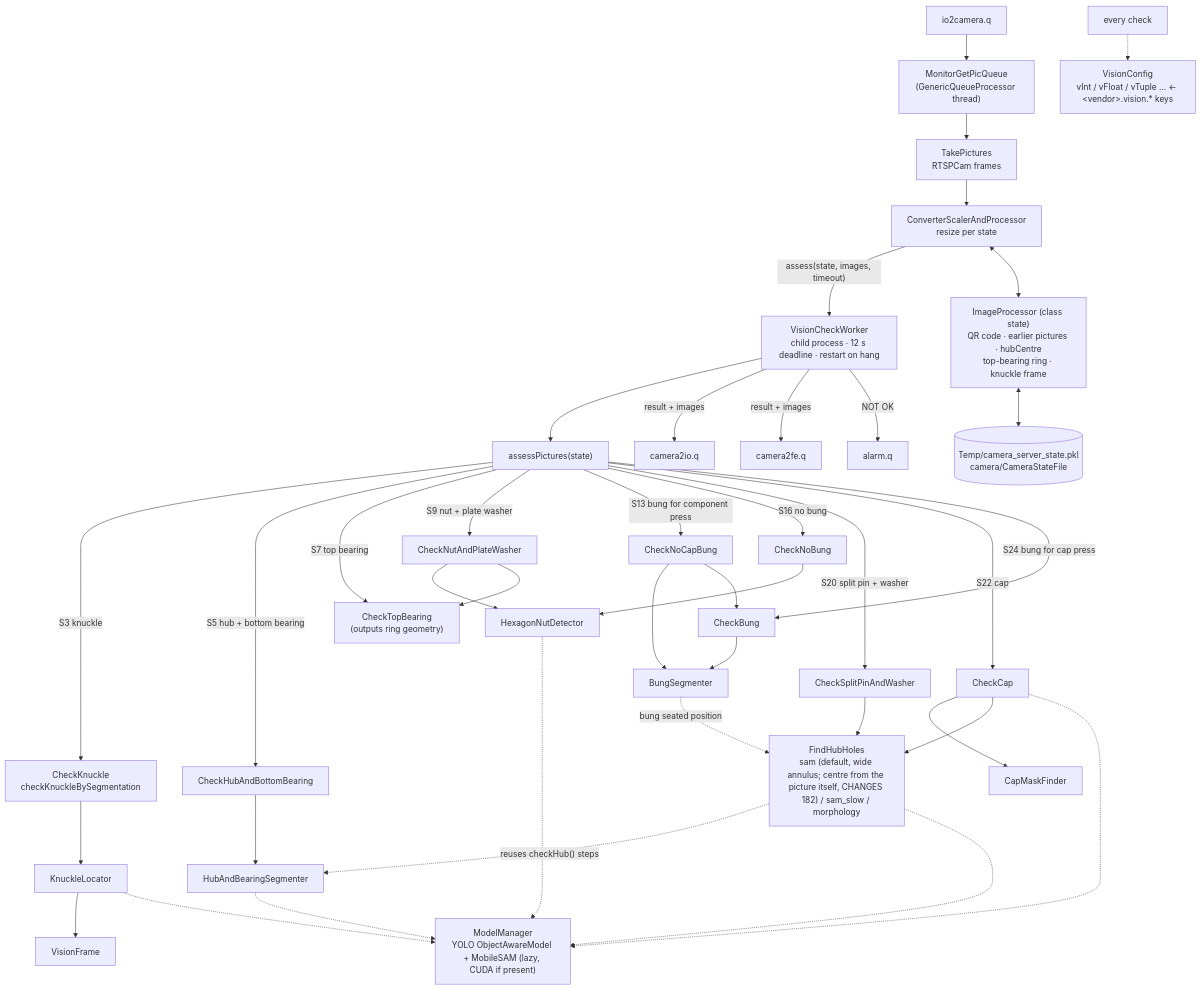
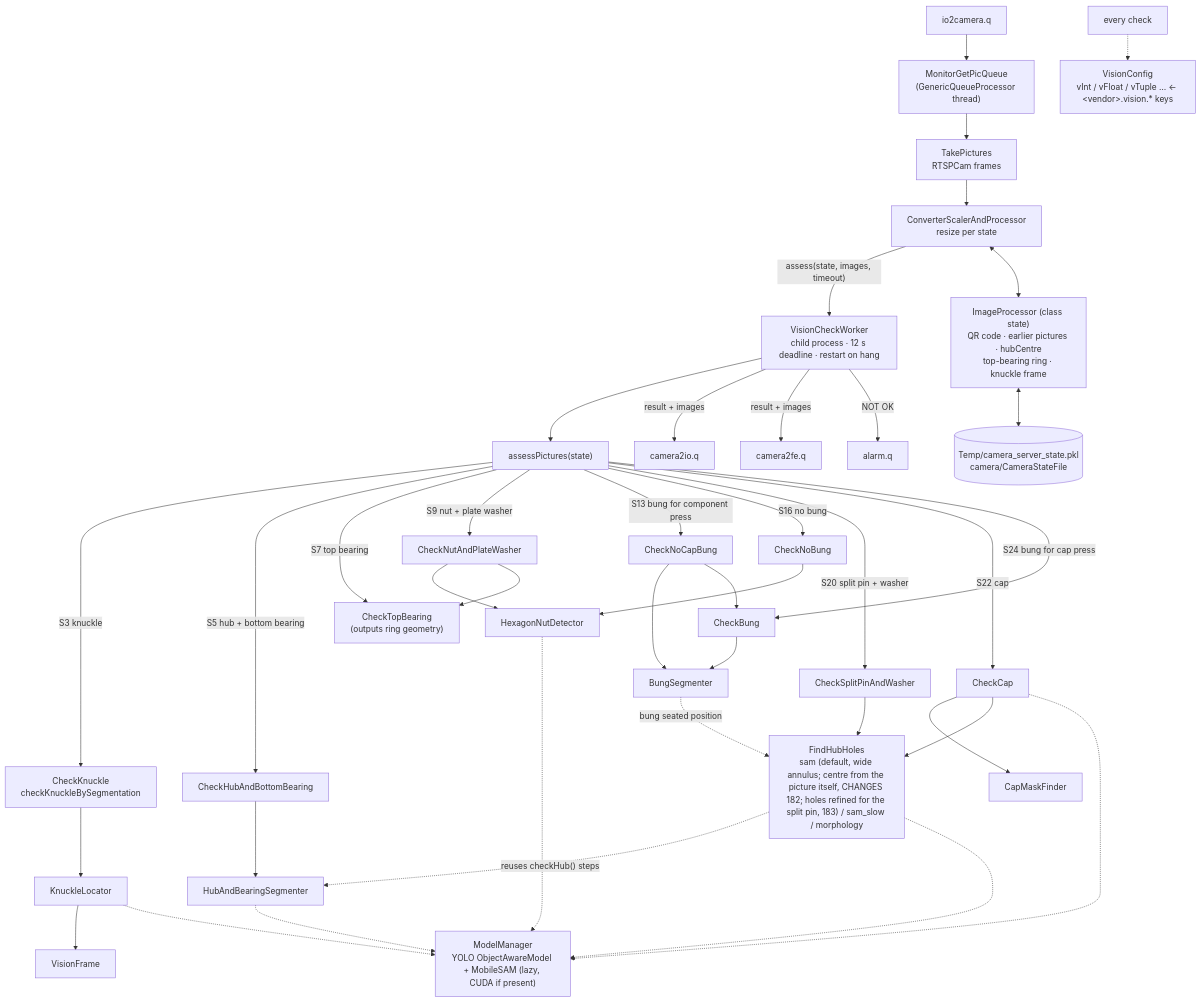
One commit to UBags/AshokLeyland_Machine2 changed the diagram in docs/code_graph/3_camera.mmd. Above: the diagram before and after it, drawn with Mermaid. The commit also changed 28 other files, not shown here.

First line of the commit message:
183: hub holes refined for the split pin check (vision.hubholes.refine.checks=splitpin; box prompt per hole, circle fitted again); SPLITPIN OFFSET line in the split pin dry run

```diff
--- a/docs/code_graph/3_camera.mmd
+++ b/docs/code_graph/3_camera.mmd
@@ -1,31 +1,31 @@
 flowchart TB
   IN["io2camera.q"] --> M["MonitorGetPicQueue<br/>(GenericQueueProcessor thread)"]
   M --> T["TakePictures<br/>RTSPCam frames"]
   T --> C["ConverterScalerAndProcessor<br/>resize per state"]
   C -->|"assess(state, images, timeout)"| W["VisionCheckWorker<br/>child process · 12 s deadline · restart on hang"]
   W --> A["assessPictures(state)"]
   IP["ImageProcessor (class state)<br/>QR code · earlier pictures · hubCentre<br/>top-bearing ring · knuckle frame"]
   SF[("Temp/camera_server_state.pkl<br/>camera/CameraStateFile")]
   IP <--> SF
   C <--> IP
   A -->|"S3 knuckle"| K["CheckKnuckle<br/>checkKnuckleBySegmentation"]
   K --> KL["KnuckleLocator"] --> VF["VisionFrame"]
   A -->|"S5 hub + bottom bearing"| H["CheckHubAndBottomBearing"] --> HS["HubAndBearingSegmenter"]
   A -->|"S7 top bearing"| TB["CheckTopBearing<br/>(outputs ring geometry)"]
   A -->|"S9 nut + plate washer"| N["CheckNutAndPlateWasher"] --> HN["HexagonNutDetector"]
   N --> TB
   A -->|"S13 bung for component press"| NCB["CheckNoCapBung"] --> BS["BungSegmenter"]
   NCB --> CB
   A -->|"S16 no bung"| NB["CheckNoBung"] --> HN
   A -->|"S20 split pin + washer"| SP["CheckSplitPinAndWasher"]
   A -->|"S22 cap"| CP["CheckCap"] --> CMF["CapMaskFinder"]
   A -->|"S24 bung for cap press"| CB["CheckBung"] --> BS
-  SP & CP --> FH["FindHubHoles<br/>sam (default, wide annulus; centre from the picture itself, CHANGES 182) / sam_slow / morphology"]
+  SP & CP --> FH["FindHubHoles<br/>sam (default, wide annulus; centre from the picture itself, CHANGES 182; holes refined for the split pin, 183) / sam_slow / morphology"]
   BS -.->|"bung seated position"| FH
   FH -.->|"reuses checkHub() steps"| HS
   HS & HN & KL -.-> MM["ModelManager<br/>YOLO ObjectAwareModel + MobileSAM (lazy, CUDA if present)"]
   FH -.-> MM
   CP -.-> MM
   ALLV["every check"] -.-> VC["VisionConfig<br/>vInt / vFloat / vTuple … ← &lt;vendor&gt;.vision.* keys"]
   W -->|"result + images"| OUT1["camera2io.q"] & OUT2["camera2fe.q"]
   W -->|"NOT OK"| OUT3["alarm.q"]
```
